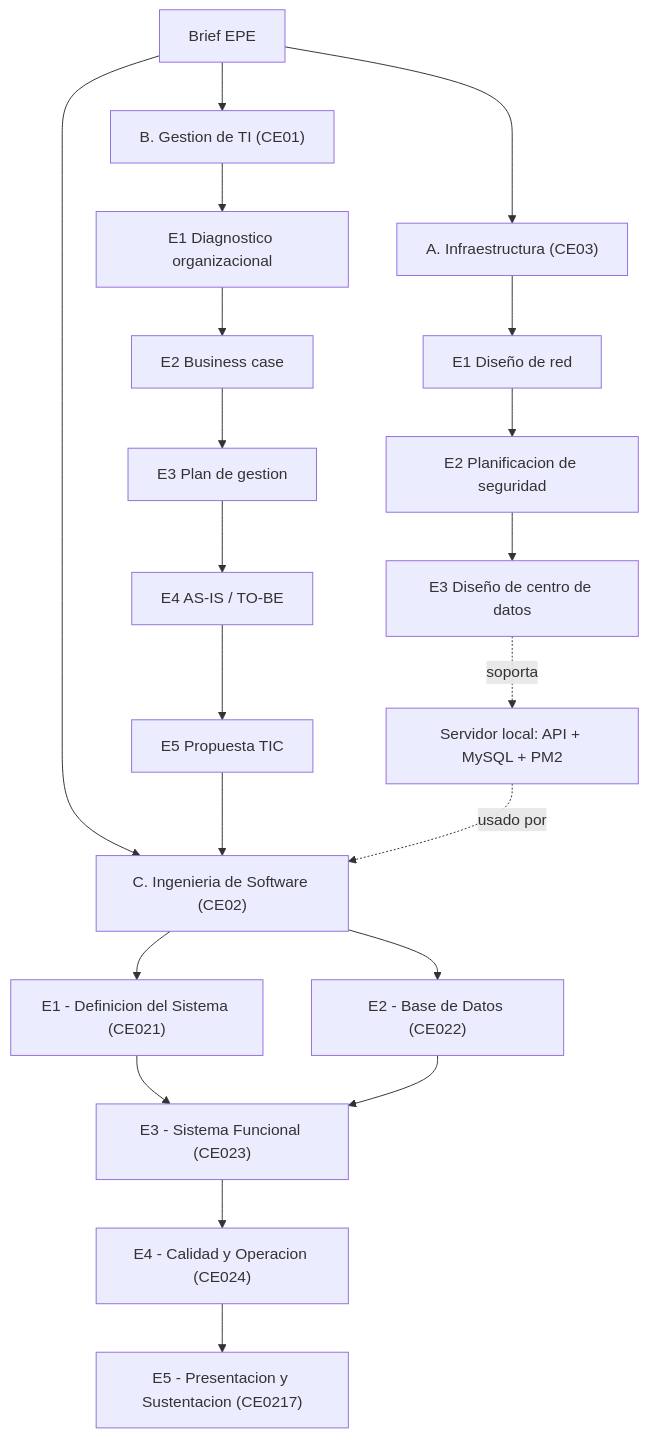
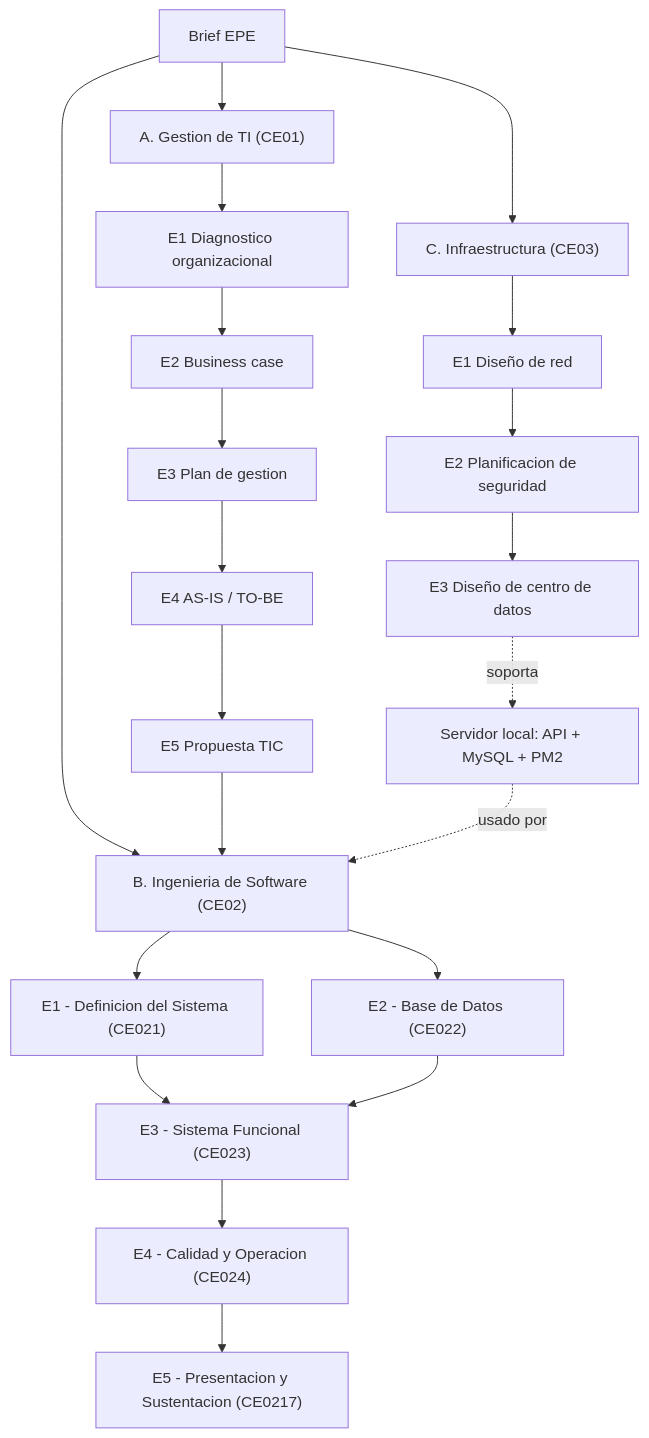
One commit to yucradavid/Perfil-de-egreso-Plataforma-Web-Integral-CERMAT changed the diagram in docs/index.md. Above: the diagram before and after it, drawn with Mermaid. The commit also changed other lines of this file and 5 other files, not shown here.

````diff
--- a/docs/index.md
+++ b/docs/index.md
@@ -90,26 +92,26 @@
 ```mermaid
 flowchart TD
-  BRIEF["Brief EPE"] --> INFRA["A. Infraestructura (CE03)"]
-  BRIEF --> GTI["B. Gestion de TI (CE01)"]
-  BRIEF --> SW["C. Ingenieria de Software (CE02)"]
+  BRIEF["Brief EPE"] --> GTI["A. Gestion de TI (CE01)"]
+  BRIEF --> SW["B. Ingenieria de Software (CE02)"]
+  BRIEF --> INFRA["C. Infraestructura (CE03)"]
 
   GTI --> DIAG["E1 Diagnostico organizacional"]
   DIAG --> BC["E2 Business case"]
   BC --> PLAN["E3 Plan de gestion"]
   PLAN --> PROC["E4 AS-IS / TO-BE"]
   PROC --> TIC["E5 Propuesta TIC"]
   TIC --> SW
 
   SW --> B["E1 - Definicion del Sistema (CE021)"]
   SW --> C["E2 - Base de Datos (CE022)"]
   B --> H["E3 - Sistema Funcional (CE023)"]
   C --> H
   H --> I["E4 - Calidad y Operacion (CE024)"]
   I --> P["E5 - Presentacion y Sustentacion (CE0217)"]
 
   INFRA --> RED["E1 Diseño de red"]
   RED --> SEG["E2 Planificacion de seguridad"]
   SEG --> CD["E3 Diseño de centro de datos"]
   CD -.soporta.-> SRV["Servidor local: API + MySQL + PM2"]
   SRV -.usado por.-> SW
 ```
````
